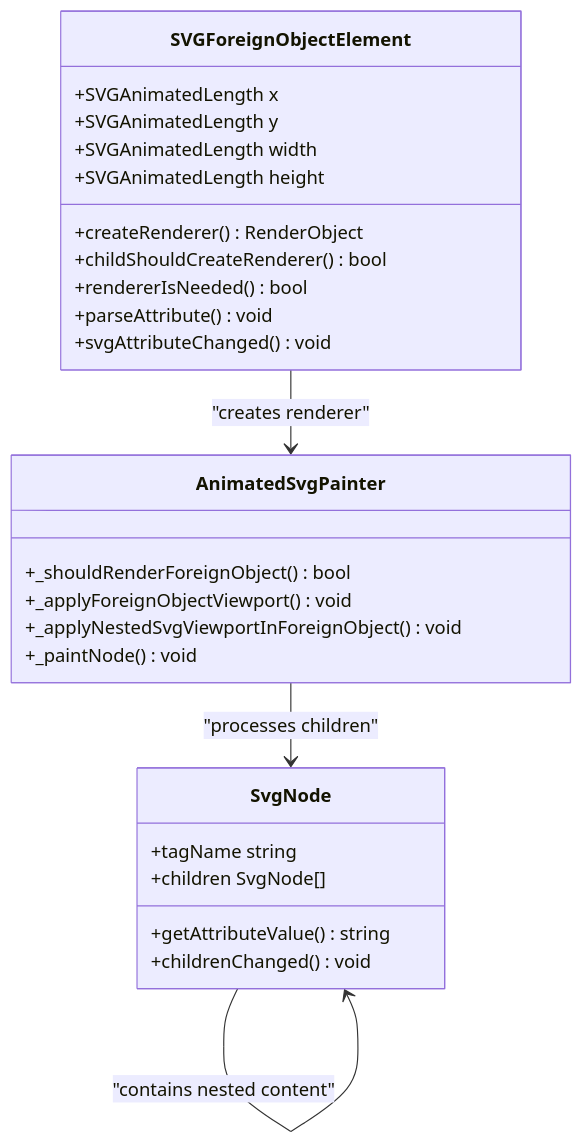
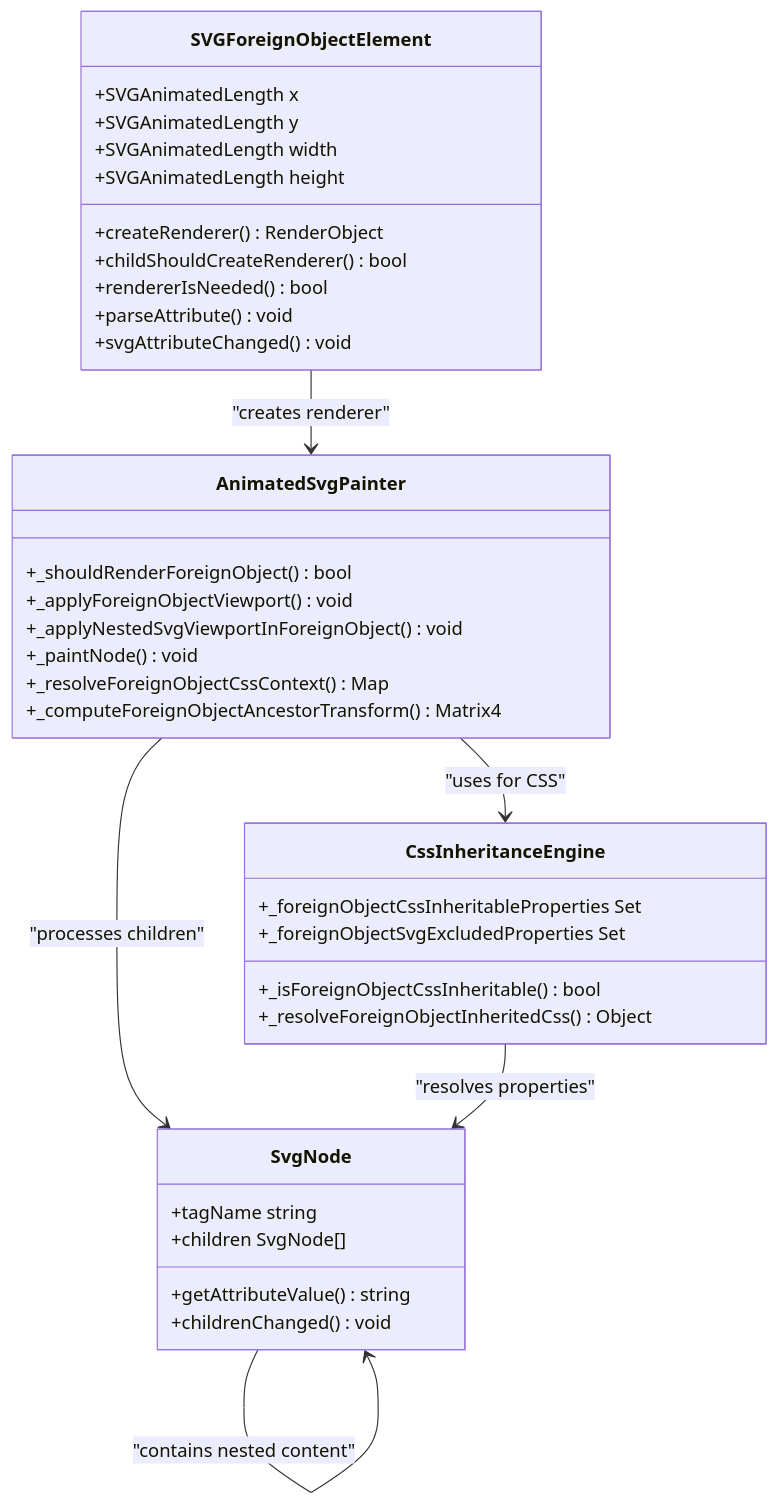
The first of 5 diagrams in .qoder/repowiki/en/content/Advanced Features/ForeignObject Semantics.md (denisnadey/flutter_full_svg_support), drawn with Mermaid before and after one commit. The commit also changed other lines of this file and 35 other files, not shown here.

````diff
--- a/.qoder/repowiki/en/content/Advanced Features/ForeignObject Semantics.md
+++ b/.qoder/repowiki/en/content/Advanced Features/ForeignObject Semantics.md
@@ -36,29 +52,39 @@
 ```mermaid
 classDiagram
 class SVGForeignObjectElement {
 +SVGAnimatedLength x
 +SVGAnimatedLength y
 +SVGAnimatedLength width
 +SVGAnimatedLength height
 +createRenderer() RenderObject
 +childShouldCreateRenderer() bool
 +rendererIsNeeded() bool
 +parseAttribute() void
 +svgAttributeChanged() void
 }
 class AnimatedSvgPainter {
 +_shouldRenderForeignObject() bool
 +_applyForeignObjectViewport() void
 +_applyNestedSvgViewportInForeignObject() void
 +_paintNode() void
++_resolveForeignObjectCssContext() Map
++_computeForeignObjectAncestorTransform() Matrix4
 }
 class SvgNode {
 +tagName string
 +children SvgNode[]
 +getAttributeValue() string
 +childrenChanged() void
 }
+class CssInheritanceEngine {
++_foreignObjectCssInheritableProperties Set
++_foreignObjectSvgExcludedProperties Set
++_isForeignObjectCssInheritable() bool
++_resolveForeignObjectInheritedCss() Object
+}
 SVGForeignObjectElement --> AnimatedSvgPainter : "creates renderer"
 AnimatedSvgPainter --> SvgNode : "processes children"
+AnimatedSvgPainter --> CssInheritanceEngine : "uses for CSS"
 SvgNode --> SvgNode : "contains nested content"
+CssInheritanceEngine --> SvgNode : "resolves properties"
 ```
````
